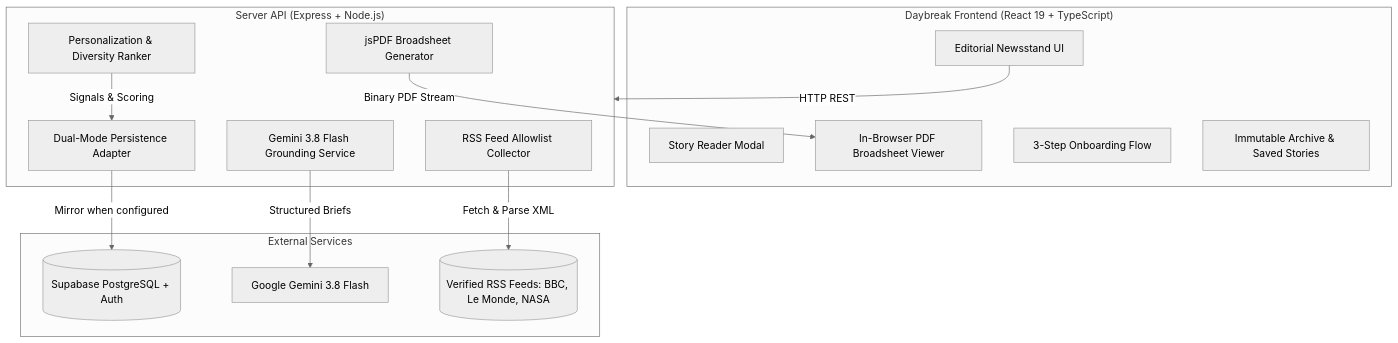
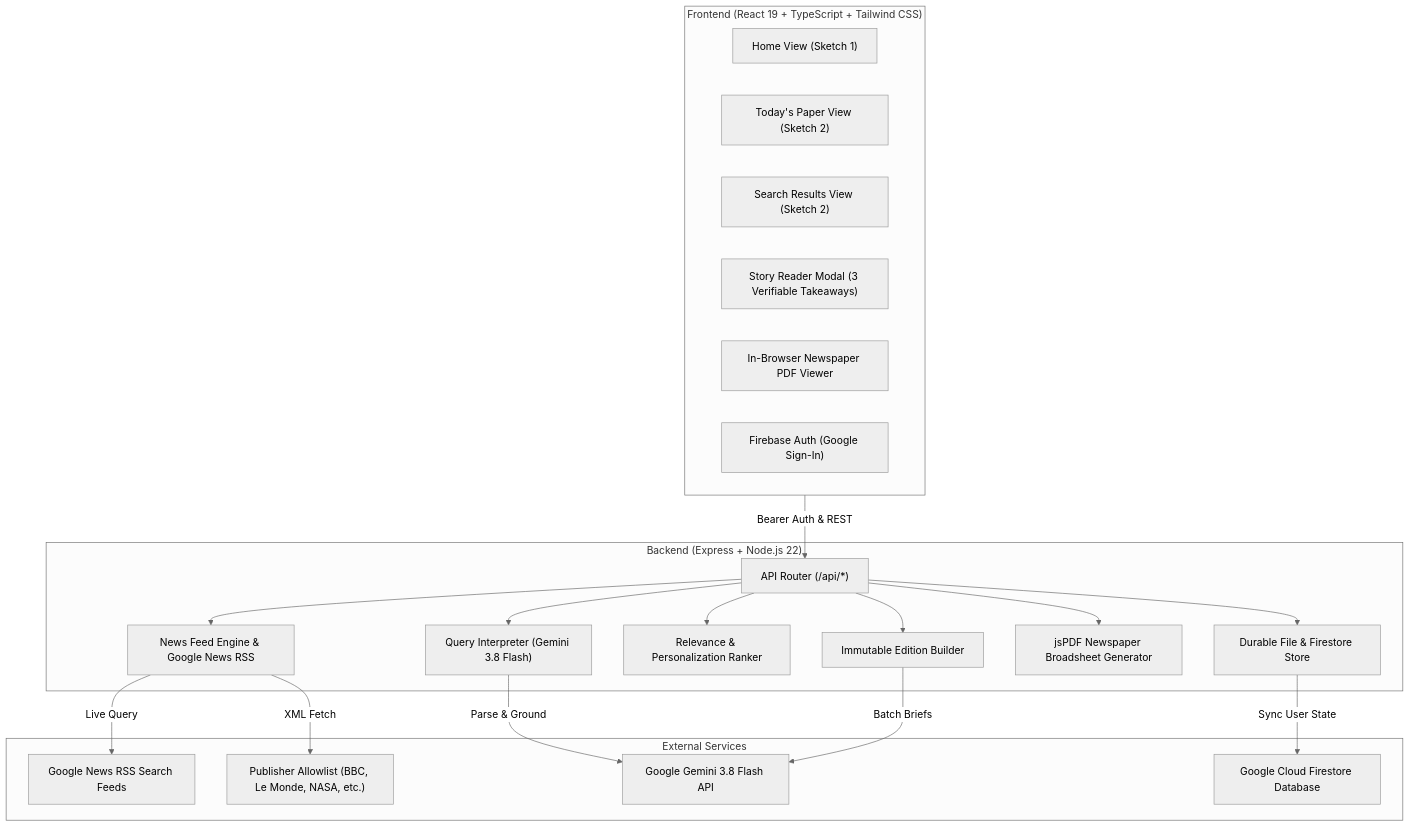
The diagram in README.md (Anas-lab677/neopaper), drawn with Mermaid (neutral theme) before and after one commit. The commit also changed other lines of this file and 40 other files, not shown here.

Commit message:
feat: enhance Daybreak core features, Supabase integration, and CI/CD workflow

````diff
--- a/README.md
+++ b/README.md
@@ -15,31 +53,42 @@
 ```mermaid
 graph TD
-    subgraph Client ["Daybreak Frontend (React 19 + TypeScript)"]
-        UI[Editorial Newsstand UI]
-        Reader[Story Reader Modal]
-        PDFViewer[In-Browser PDF Broadsheet Viewer]
-        Onboarding[3-Step Onboarding Flow]
-        Archive[Immutable Archive & Saved Stories]
+    subgraph Client ["Frontend (React 19 + TypeScript + Tailwind CSS)"]
+        HomeView["Home View (Sketch 1)"]
+        PaperView["Today's Paper View (Sketch 2)"]
+        SearchView["Search Results View (Sketch 2)"]
+        ReaderModal["Story Reader Modal (3 Verifiable Takeaways)"]
+        PDFModal["In-Browser Newspaper PDF Viewer"]
+        AuthSystem["Firebase Auth (Google Sign-In)"]
     end
 
-    subgraph Backend ["Server API (Express + Node.js)"]
-        FeedEngine[RSS Feed Allowlist Collector]
-        RankingEngine[Personalization & Diversity Ranker]
-        GeminiService[Gemini 3.8 Flash Grounding Service]
-        PDFGenerator[jsPDF Broadsheet Generator]
-        StoreAdapter[Dual-Mode Persistence Adapter]
+    subgraph Server ["Backend (Express + Node.js 22)"]
+        Router["API Router (/api/*)"]
+        QueryParser["Query Interpreter (Gemini 3.8 Flash)"]
+        FeedEngine["News Feed Engine & Google News RSS"]
+        Ranker["Relevance & Personalization Ranker"]
+        EditionEngine["Immutable Edition Builder"]
+        PDFEngine["jsPDF Newspaper Broadsheet Generator"]
+        Store["Durable File & Firestore Store"]
     end
 
     subgraph External ["External Services"]
-        Feeds[(Verified RSS Feeds: BBC, Le Monde, NASA)]
-        GeminiAPI[Google Gemini 3.8 Flash]
-        Supabase[(Supabase PostgreSQL + Auth)]
+        GoogleNews["Google News RSS Search Feeds"]
+        PublisherFeeds["Publisher Allowlist (BBC, Le Monde, NASA, etc.)"]
+        GeminiAPI["Google Gemini 3.8 Flash API"]
+        Firestore["Google Cloud Firestore Database"]
     end
 
-    UI -->|HTTP REST| Backend
-    FeedEngine -->|Fetch & Parse XML| Feeds
-    RankingEngine -->|Signals & Scoring| StoreAdapter
-    GeminiService -->|Structured Briefs| GeminiAPI
-    PDFGenerator -->|Binary PDF Stream| PDFViewer
-    StoreAdapter -->|Mirror when configured| Supabase
+    Client -->|Bearer Auth & REST| Router
+    Router --> QueryParser
+    Router --> FeedEngine
+    Router --> Ranker
+    Router --> EditionEngine
+    Router --> PDFEngine
+    Router --> Store
+
+    FeedEngine -->|Live Query| GoogleNews
+    FeedEngine -->|XML Fetch| PublisherFeeds
+    QueryParser -->|Parse & Ground| GeminiAPI
+    EditionEngine -->|Batch Briefs| GeminiAPI
+    Store -->|Sync User State| Firestore
 ```
````
